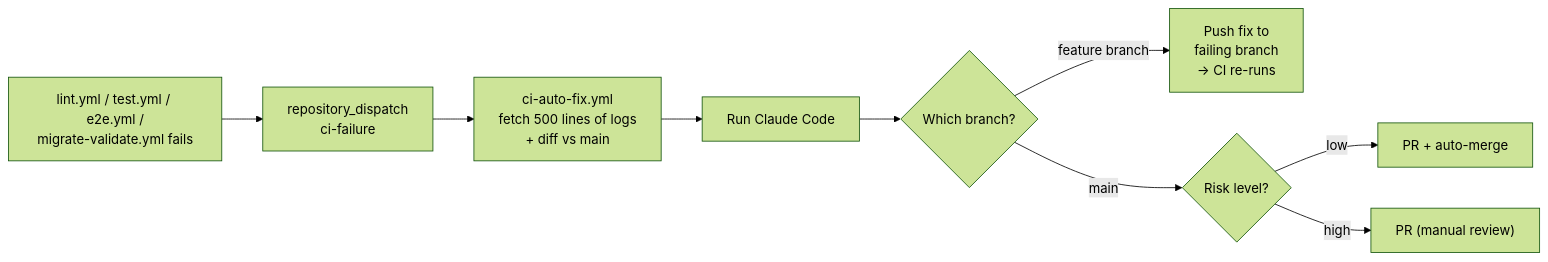
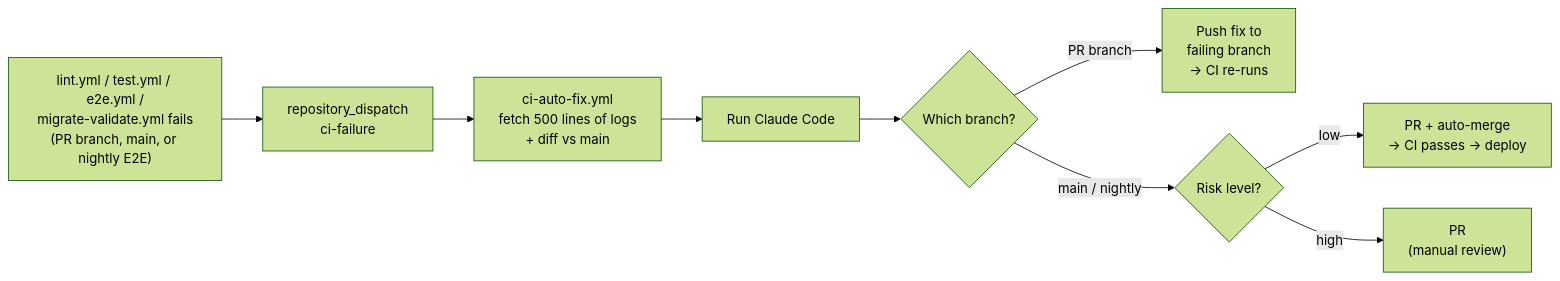
The sixth of 10 diagrams in README.md (zhaoanliu/job-tracker), drawn with Mermaid (forest theme) before and after one commit. The commit also changed other lines of this file and 1 other file, not shown here.

````diff
--- a/README.md
+++ b/README.md
@@ -284,11 +334,11 @@
 ```mermaid
 flowchart LR
-    fail["lint.yml / test.yml / e2e.yml /\nmigrate-validate.yml fails"] --> dispatch["repository_dispatch\nci-failure"]
+    fail["lint.yml / test.yml / e2e.yml /\nmigrate-validate.yml fails\n(PR branch, main, or nightly E2E)"] --> dispatch["repository_dispatch\nci-failure"]
     dispatch --> cifix["ci-auto-fix.yml\nfetch 500 lines of logs\n+ diff vs main"]
     cifix --> claude["Run Claude Code"]
     claude --> branch{"Which branch?"}
-    branch -->|"feature branch"| push["Push fix to\nfailing branch\n→ CI re-runs"]
-    branch -->|"main"| risk{"Risk level?"}
-    risk -->|"low"| autopr["PR + auto-merge"]
-    risk -->|"high"| manualpr["PR (manual review)"]
+    branch -->|"PR branch"| push["Push fix to\nfailing branch\n→ CI re-runs"]
+    branch -->|"main / nightly"| risk{"Risk level?"}
+    risk -->|"low"| autopr["PR + auto-merge\n→ CI passes → deploy"]
+    risk -->|"high"| manualpr["PR\n(manual review)"]
 ```
````
